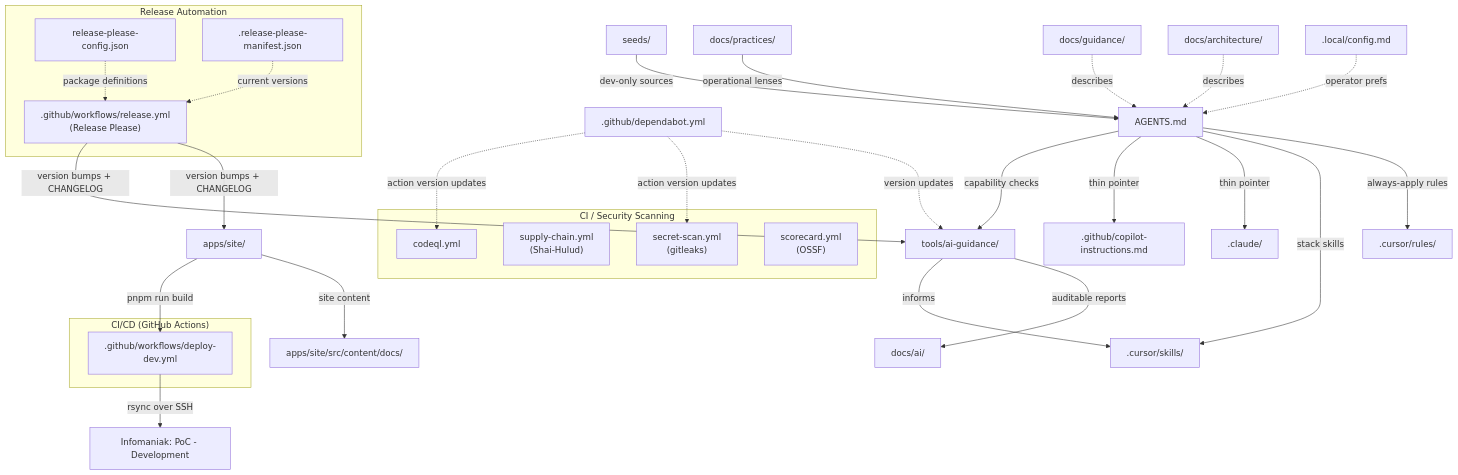
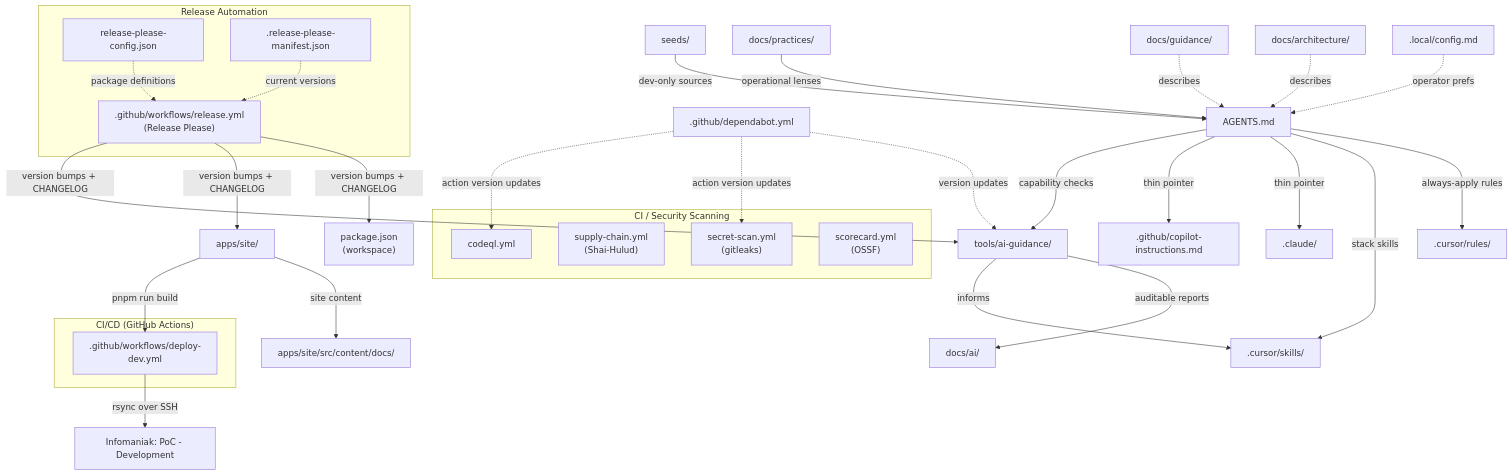
Before and after one commit to Mikeys-Tech-Lab/poc: the diagram in docs/architecture/workspace.md, drawn with Mermaid. The commit also changed 5 other files, not shown here.

First line of the commit message:
feat(infra): add root workspace package to Release Please (#11)

````diff
--- a/docs/architecture/workspace.md
+++ b/docs/architecture/workspace.md
@@ -23,48 +23,49 @@
 ```mermaid
 flowchart TD
   Seeds[seeds/] -->|"dev-only sources"| Agents[AGENTS.md]
   Practices["docs/practices/"] -->|"operational lenses"| Agents
 
   Agents -->|"always-apply rules"| CursorRules[.cursor/rules/]
   Agents -->|"stack skills"| CursorSkills[.cursor/skills/]
   Agents -->|"thin pointer"| Claude[.claude/]
   Agents -->|"thin pointer"| Copilot[.github/copilot-instructions.md]
 
   Agents -->|"capability checks"| Tooling[tools/ai-guidance/]
   Tooling -->|"auditable reports"| DocsAI[docs/ai/]
   Tooling -->|"informs"| CursorSkills
 
   Guidance[docs/guidance/] -.->|"describes"| Agents
   Architecture[docs/architecture/] -.->|"describes"| Agents
 
   LocalConfig[".local/config.md"] -.->|"operator prefs"| Agents
   Dependabot[".github/dependabot.yml"] -.->|"version updates"| Tooling
 
   AstroSite[apps/site/] -->|"site content"| SiteDocs["apps/site/src/content/docs/"]
 
   subgraph "CI/CD (GitHub Actions)"
     DeployDev[".github/workflows/deploy-dev.yml"]
   end
 
   subgraph "CI / Security Scanning"
     SecretScan["secret-scan.yml\n(gitleaks)"]
     SupplyChain["supply-chain.yml\n(Shai-Hulud)"]
     CodeQL["codeql.yml"]
     ScoreCard["scorecard.yml\n(OSSF)"]
   end
 
   subgraph "Release Automation"
     ReleasePlease[".github/workflows/release.yml\n(Release Please)"]
     RPConfig["release-please-config.json"]
     RPManifest[".release-please-manifest.json"]
   end
 
   AstroSite -->|"pnpm run build"| DeployDev
   DeployDev -->|"rsync over SSH"| InfomaniakDev["Infomaniak: PoC - Development"]
   Dependabot -.->|"action version updates"| SecretScan
   Dependabot -.->|"action version updates"| CodeQL
   RPConfig -.->|"package definitions"| ReleasePlease
   RPManifest -.->|"current versions"| ReleasePlease
+  ReleasePlease -->|"version bumps + CHANGELOG"| RootPkg["package.json\n(workspace)"]
   ReleasePlease -->|"version bumps + CHANGELOG"| AstroSite
   ReleasePlease -->|"version bumps + CHANGELOG"| Tooling
 ```
````
